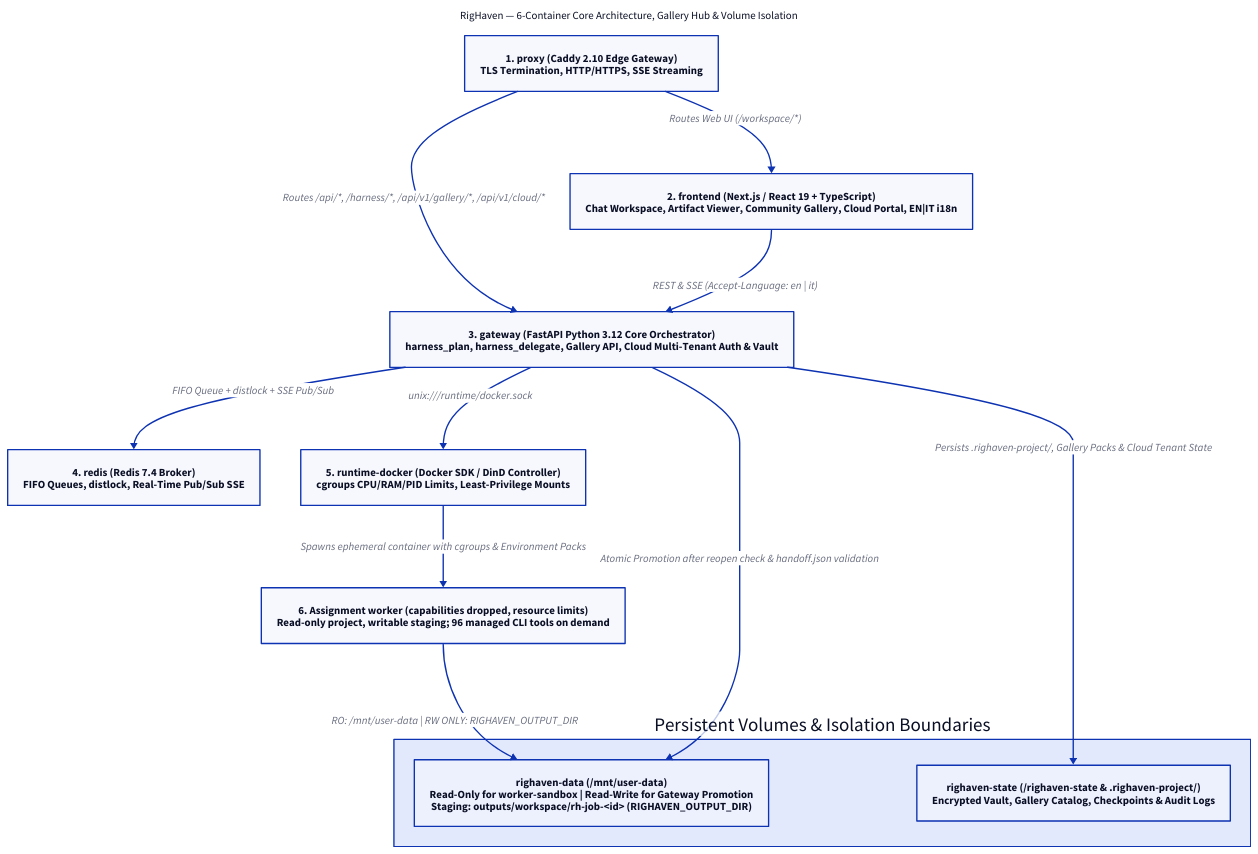
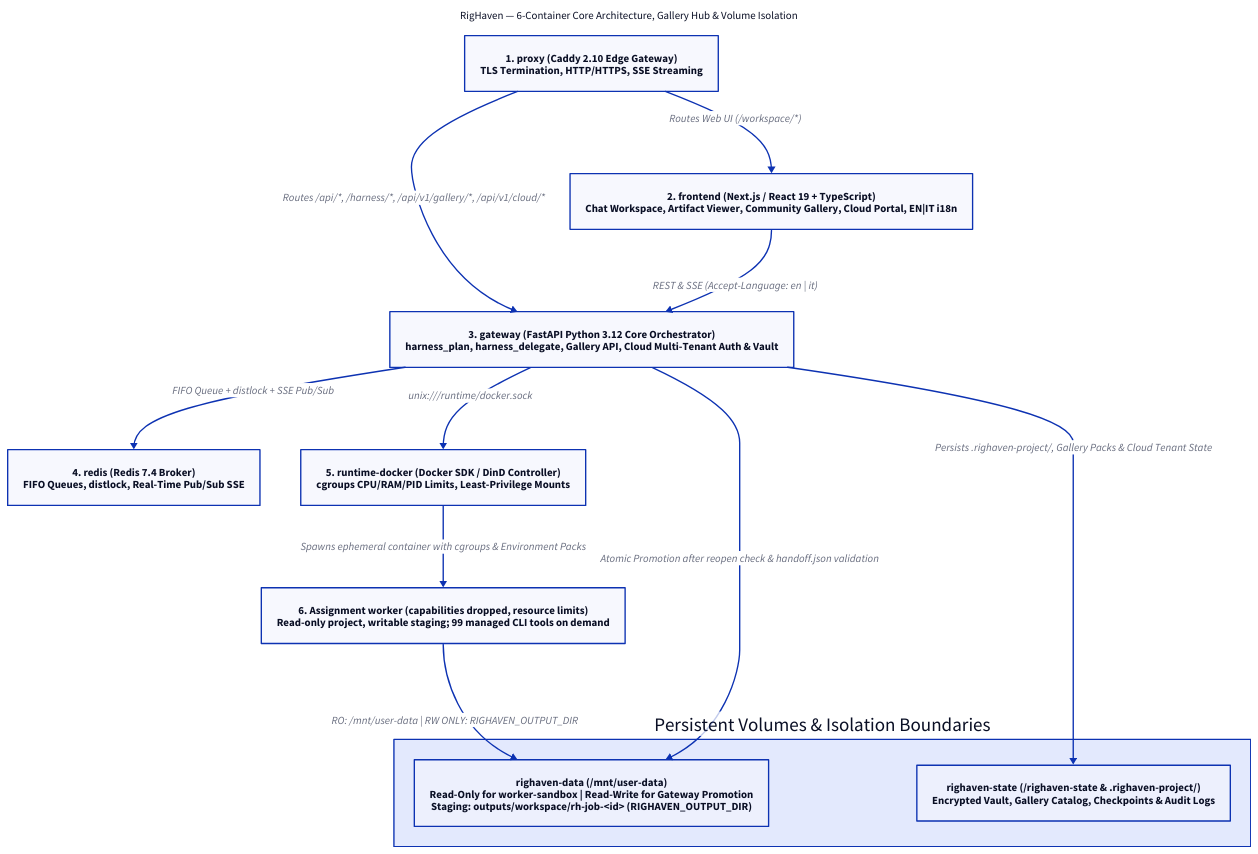
The diagram in docs/c4/righaven_containers.d2 (ggmm82/righaven), drawn with D2 before and after one commit. The commit also changed 61 other files, not shown here.

```diff
--- a/docs/c4/righaven_containers.d2
+++ b/docs/c4/righaven_containers.d2
@@ -1,29 +1,29 @@
 direction: down
 
 title: {
   label: "RigHaven — 6-Container Core Architecture, Gallery Hub & Volume Isolation"
   near: top-center
   shape: text
 }
 
 proxy: "1. proxy (Caddy 2.10 Edge Gateway)\nTLS Termination, HTTP/HTTPS, SSE Streaming"
 frontend: "2. frontend (Next.js / React 19 + TypeScript)\nChat Workspace, Artifact Viewer, Community Gallery, Cloud Portal, EN|IT i18n"
 gateway: "3. gateway (FastAPI Python 3.12 Core Orchestrator)\nharness_plan, harness_delegate, Gallery API, Cloud Multi-Tenant Auth & Vault"
 redis: "4. redis (Redis 7.4 Broker)\nFIFO Queues, distlock, Real-Time Pub/Sub SSE"
 runtime_docker: "5. runtime-docker (Docker SDK / DinD Controller)\ncgroups CPU/RAM/PID Limits, Least-Privilege Mounts"
-worker_sandbox: "6. Assignment worker (capabilities dropped, resource limits)\nRead-only project, writable staging; 96 managed CLI tools on demand"
+worker_sandbox: "6. Assignment worker (capabilities dropped, resource limits)\nRead-only project, writable staging; 99 managed CLI tools on demand"
 
 volumes: "Persistent Volumes & Isolation Boundaries" {
   righaven_data: "righaven-data (/mnt/user-data)\nRead-Only for worker-sandbox | Read-Write for Gateway Promotion\nStaging: outputs/workspace/rh-job-<id> (RIGHAVEN_OUTPUT_DIR)"
   righaven_state: "righaven-state (/righaven-state & .righaven-project/)\nEncrypted Vault, Gallery Catalog, Checkpoints & Audit Logs"
 }
 
 proxy -> frontend: "Routes Web UI (/workspace/*)"
 proxy -> gateway: "Routes /api/*, /harness/*, /api/v1/gallery/*, /api/v1/cloud/*"
 frontend -> gateway: "REST & SSE (Accept-Language: en | it)"
 gateway -> redis: "FIFO Queue + distlock + SSE Pub/Sub"
 gateway -> runtime_docker: "unix:///runtime/docker.sock"
 runtime_docker -> worker_sandbox: "Spawns ephemeral container with cgroups & Environment Packs"
 worker_sandbox -> volumes.righaven_data: "RO: /mnt/user-data | RW ONLY: RIGHAVEN_OUTPUT_DIR"
 gateway -> volumes.righaven_data: "Atomic Promotion after reopen check & handoff.json validation"
 gateway -> volumes.righaven_state: "Persists .righaven-project/, Gallery Packs & Cloud Tenant State"
```
